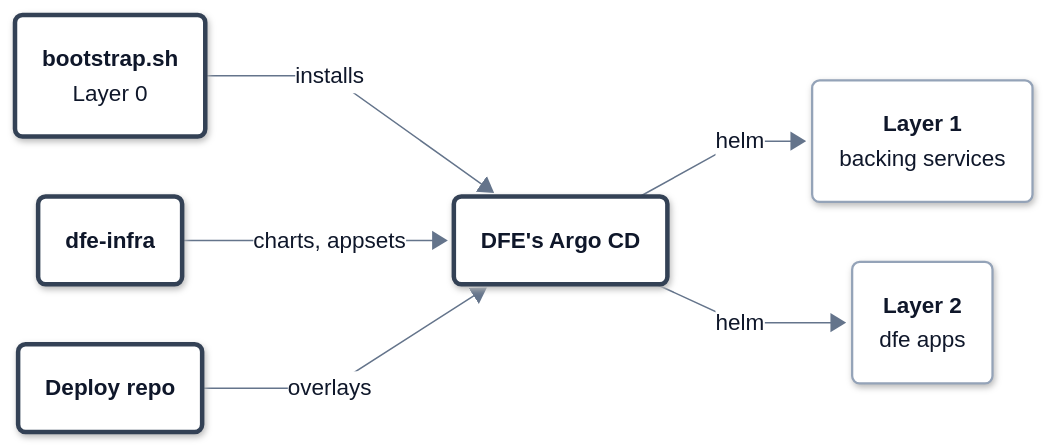
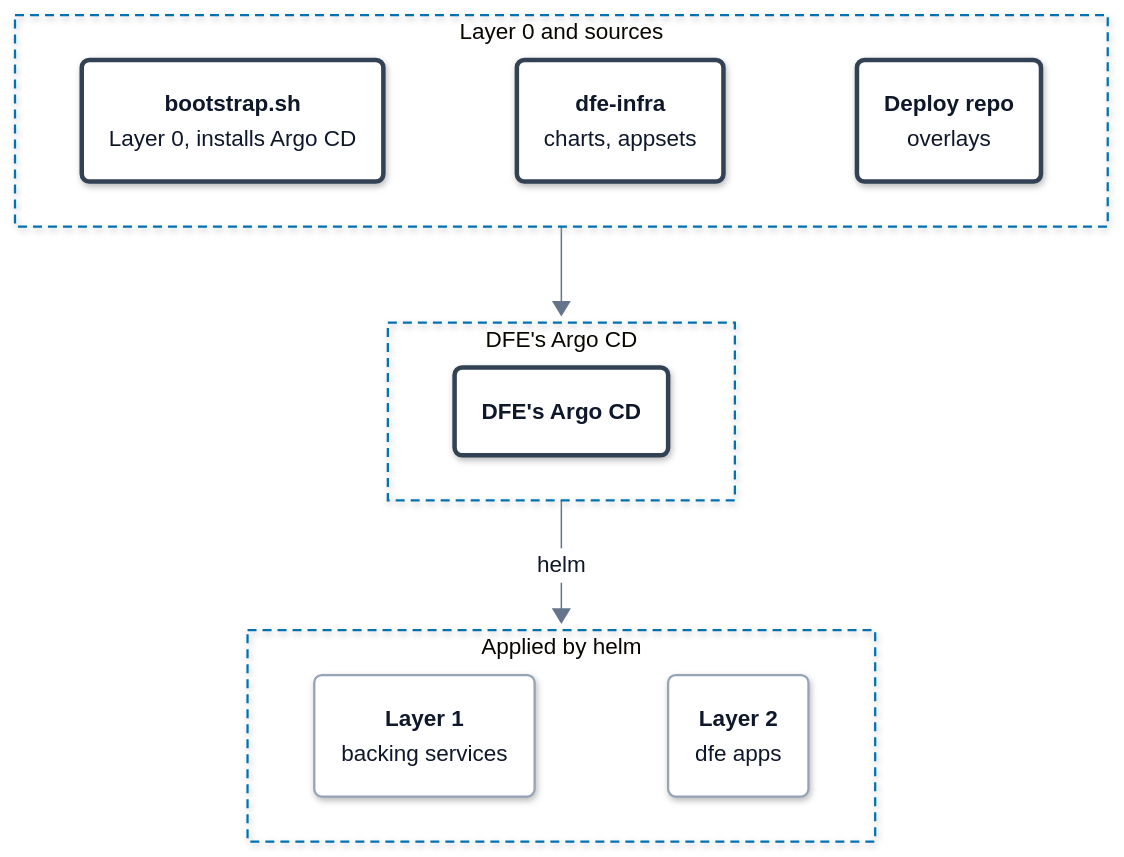
Before and after one commit to hyperi-io/dfe-infra: the diagram in docs/deployment/README.md, drawn with Mermaid. The commit also changed other lines of this file and 17 other files, not shown here.

First line of the commit message:
docs(architecture): map suite in architecture.md and fit charts to 860 px (#1152)

````diff
--- a/docs/deployment/README.md
+++ b/docs/deployment/README.md
@@ -54,25 +54,28 @@
     .ui .label-icon{color:#D9480F}
     .ext .label-icon{color:#64748B}
 ---
-flowchart LR
+flowchart TB
     accTitle: L4 Detail -- Deployment layers
     accDescr: bootstrap.sh installs DFE's Argo CD as Layer 0. Argo CD reads the charts and ApplicationSets from dfe-infra and the overlays from the deploy repo, and applies Layer 1, the backing services, and Layer 2, the dfe apps.
-
-    boot("<b>bootstrap.sh</b><br/><span>Layer 0</span>")
-    infrarepo("<b>dfe-infra</b>")
-    deployrepo("<b>Deploy repo</b>")
-
-    argocd("<b>DFE's Argo CD</b>")
-
-    layer1("<b>Layer 1</b><br/><span>backing services</span>")
-    layer2("<b>Layer 2</b><br/><span>dfe apps</span>")
-
-    boot -->|installs| argocd
-    infrarepo -->|charts, appsets| argocd
-    deployrepo -->|overlays| argocd
-    argocd -->|helm| layer1
-    argocd -->|helm| layer2
-
+    subgraph src["Layer 0 and sources"]
+        direction LR
+        boot("<b>bootstrap.sh</b><br/><span>Layer 0, installs Argo CD</span>")
+        infrarepo("<b>dfe-infra</b><br/><span>charts, appsets</span>")
+        deployrepo("<b>Deploy repo</b><br/><span>overlays</span>")
+        boot ~~~ infrarepo ~~~ deployrepo
+    end
+    subgraph argo["DFE's Argo CD"]
+        direction LR
+        argocd("<b>DFE's Argo CD</b>")
+    end
+    subgraph layers["Applied by helm"]
+        direction LR
+        layer1("<b>Layer 1</b><br/><span>backing services</span>")
+        layer2("<b>Layer 2</b><br/><span>dfe apps</span>")
+        layer1 ~~~ layer2
+    end
+    src --> argo
+    argo -->|helm| layers
     class boot,infrarepo,deployrepo,argocd control
     class layer1,layer2 part
   classDef ext fill:#F4F6F8,stroke:#94A3B8,stroke-width:1.5px,stroke-dasharray:5 4,color:#0F172A
@@ -86,4 +89,7 @@
   classDef error fill:#FFFFFF,stroke:#C2410C,stroke-width:3px,color:#0F172A
   classDef control fill:#FFFFFF,stroke:#334155,stroke-width:3px,color:#0F172A
   classDef part fill:#FFFFFF,stroke:#94A3B8,stroke-width:1.5px,color:#0F172A
+  style src fill:none,stroke:#0072B2,stroke-width:1.5px,stroke-dasharray:6 4
+  style argo fill:none,stroke:#0072B2,stroke-width:1.5px,stroke-dasharray:6 4
+  style layers fill:none,stroke:#0072B2,stroke-width:1.5px,stroke-dasharray:6 4
 ```
````
